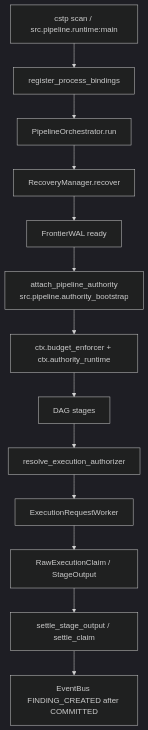
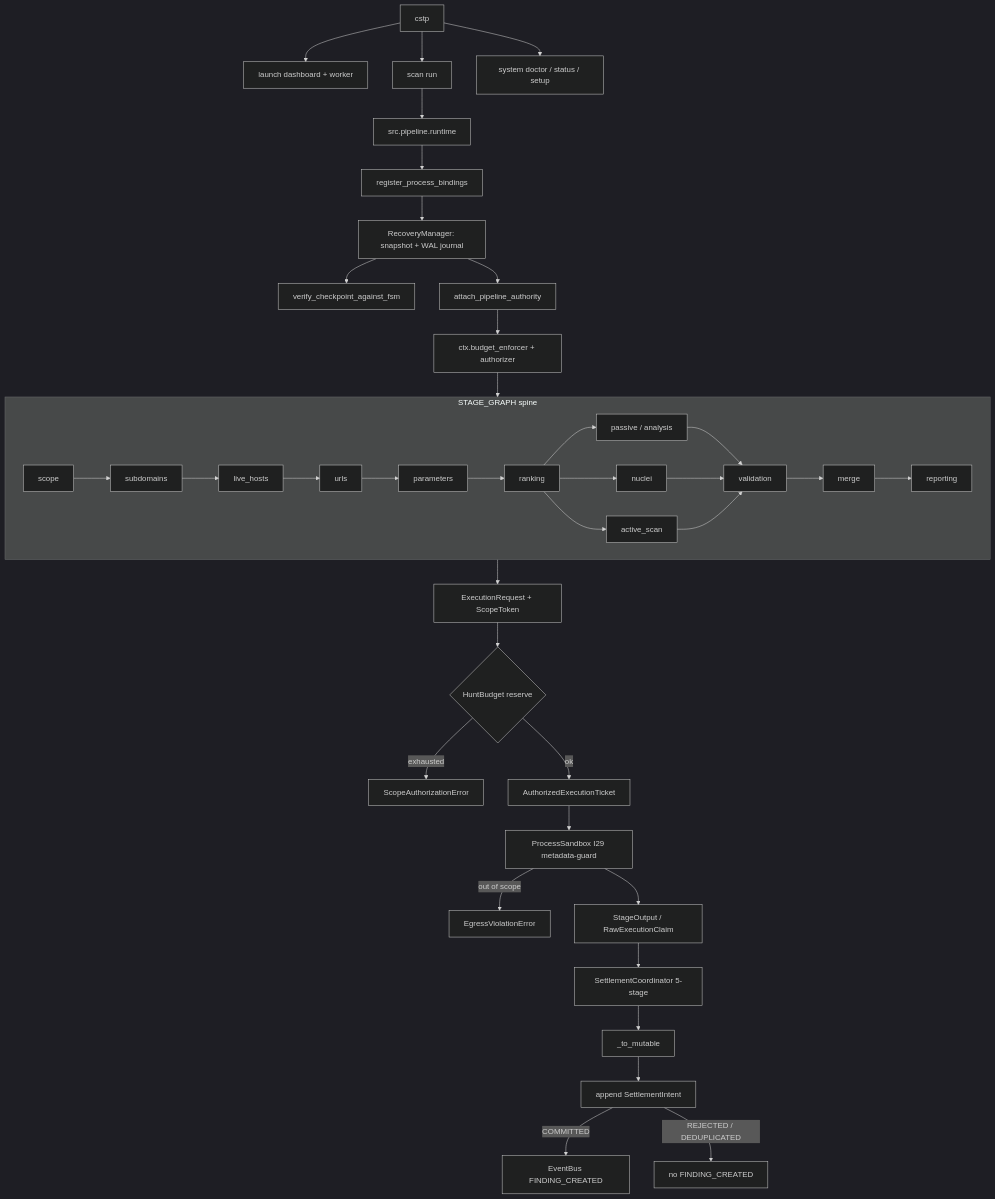
Before and after one commit to AviralGup7/Singularity-Zero: the fourth of 12 diagrams in docs/flowchart.md, drawn with Mermaid (dark theme). The commit also changed other lines of this file and 1 other file, not shown here.

First line of the commit message:
docs(flowchart): merge overlapping per-doc charts into survivor graphs

````diff
--- a/docs/flowchart.md
+++ b/docs/flowchart.md
@@ -137,15 +172,40 @@
 ```mermaid
 flowchart TD
-    CLI["cstp scan / src.pipeline.runtime:main"] --> Bind["register_process_bindings"]
-    Bind --> Orch["PipelineOrchestrator.run"]
-    Orch --> Recover["RecoveryManager.recover"]
-    Recover --> WAL["FrontierWAL ready"]
-    WAL --> Auth["attach_pipeline_authority<br/>src.pipeline.authority_bootstrap"]
-    Auth --> Stamp["ctx.budget_enforcer + ctx.authority_runtime"]
-    Stamp --> Stages["DAG stages"]
-    Stages --> Authz["resolve_execution_authorizer"]
-    Authz --> Worker["ExecutionRequestWorker"]
-    Worker --> Claim["RawExecutionClaim / StageOutput"]
-    Claim --> Settle["settle_stage_output / settle_claim"]
-    Settle --> Bus["EventBus FINDING_CREATED after COMMITTED"]
+    CSTP["cstp"] --> Launch["launch dashboard + worker"]
+    CSTP --> Scan["scan run"]
+    CSTP --> Sys["system doctor / status / setup"]
+    Scan --> Runtime["src.pipeline.runtime"]
+    Runtime --> Bind["register_process_bindings"]
+    Bind --> Recover["RecoveryManager: snapshot + WAL journal"]
+    Recover --> Verify["verify_checkpoint_against_fsm"]
+    Recover --> Auth["attach_pipeline_authority"]
+    Auth --> Stamp["ctx.budget_enforcer + authorizer"]
+    Stamp --> DAG
+    subgraph DAG["STAGE_GRAPH spine"]
+        Scope["scope"] --> Sub["subdomains"]
+        Sub --> LiveH["live_hosts"]
+        LiveH --> Urls["urls"]
+        Urls --> Params["parameters"]
+        Params --> Rank["ranking"]
+        Rank --> Passive["passive / analysis"]
+        Rank --> Nuclei["nuclei"]
+        Rank --> Active["active_scan"]
+        Passive --> Val["validation"]
+        Nuclei --> Val
+        Active --> Val
+        Val --> Merge["merge"]
+        Merge --> Report["reporting"]
+    end
+    DAG --> Req["ExecutionRequest + ScopeToken"]
+    Req --> Budget{"HuntBudget reserve"}
+    Budget -->|exhausted| Rej["ScopeAuthorizationError"]
+    Budget -->|ok| Ticket["AuthorizedExecutionTicket"]
+    Ticket --> SB["ProcessSandbox I29 metadata-guard"]
+    SB -->|out of scope| Viol["EgressViolationError"]
+    SB --> Out["StageOutput / RawExecutionClaim"]
+    Out --> Coord["SettlementCoordinator 5-stage"]
+    Coord --> Thaw["_to_mutable"]
+    Thaw --> WAL["append SettlementIntent"]
+    WAL -->|COMMITTED| Emit["EventBus FINDING_CREATED"]
+    WAL -->|REJECTED / DEDUPLICATED| Silent["no FINDING_CREATED"]
 ```
````
